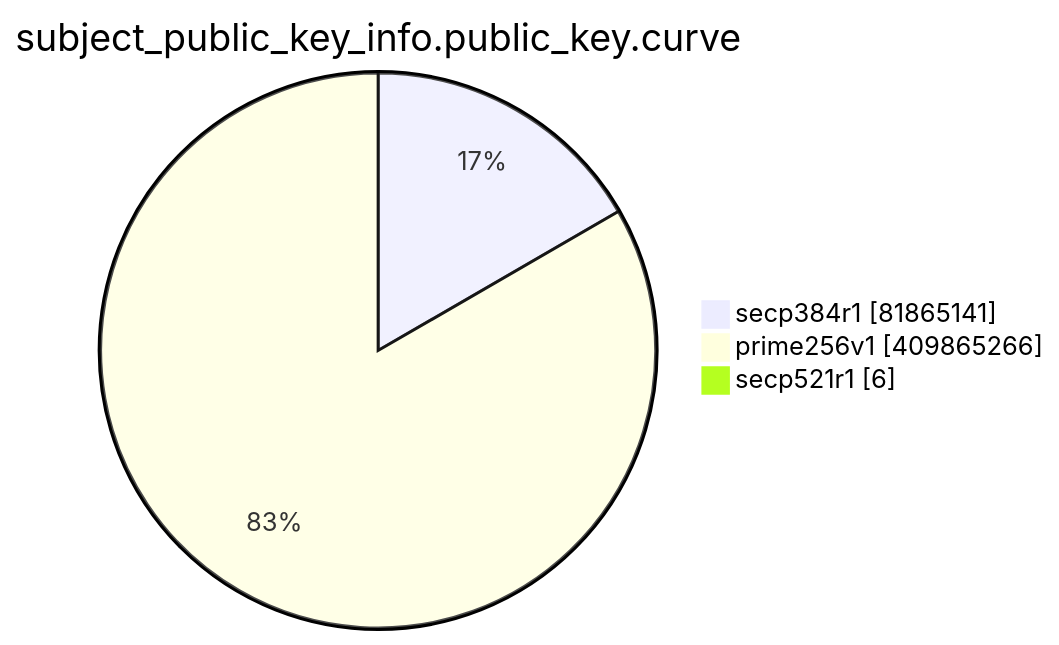
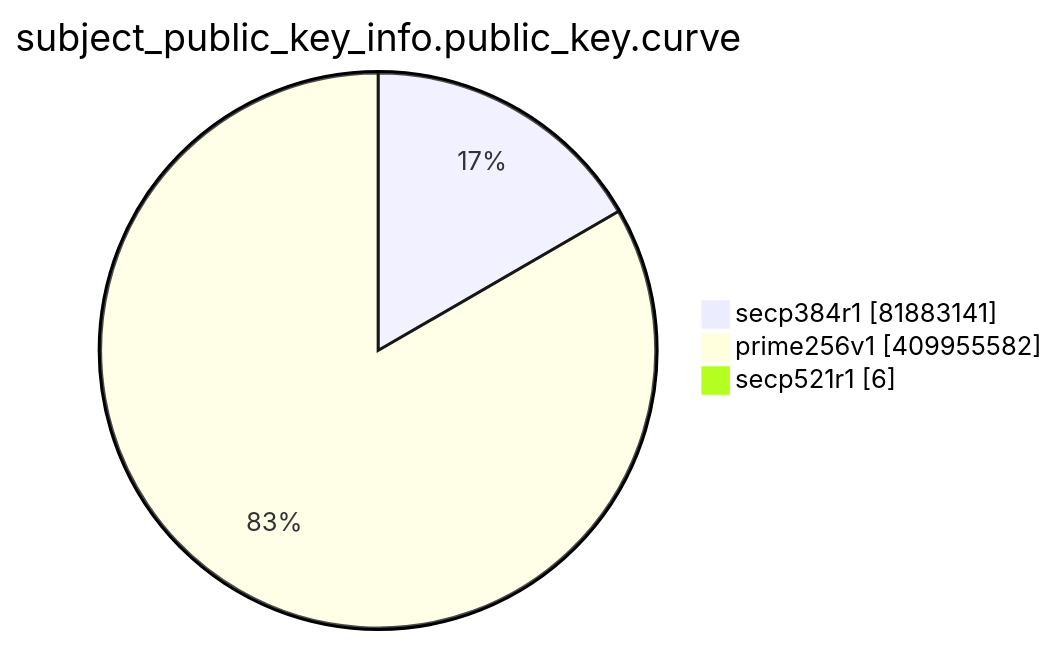
The eighth of 15 diagrams in TOTAL/README.md (christiankrug/ctmonitor_visualization), drawn with Mermaid before and after one commit. The commit also changed other lines of this file, not shown here.

````diff
--- a/TOTAL/README.md
+++ b/TOTAL/README.md
@@ -3096,7 +3096,7 @@
 ```mermaid
 pie showData
 title subject_public_key_info.public_key.curve
-"secp384r1" :81865141
-"prime256v1" :409865266
+"secp384r1" :81883141
+"prime256v1" :409955582
 "secp521r1" :6
 ```
````
